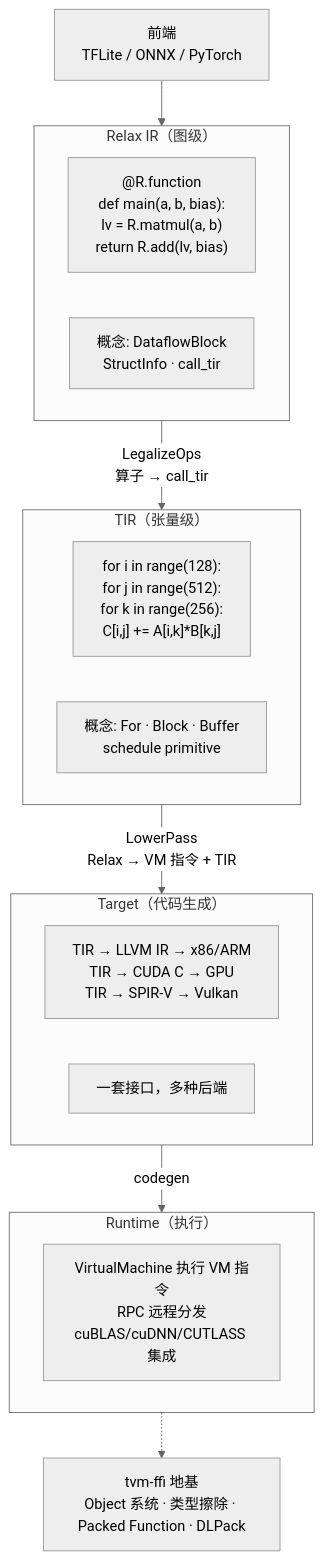
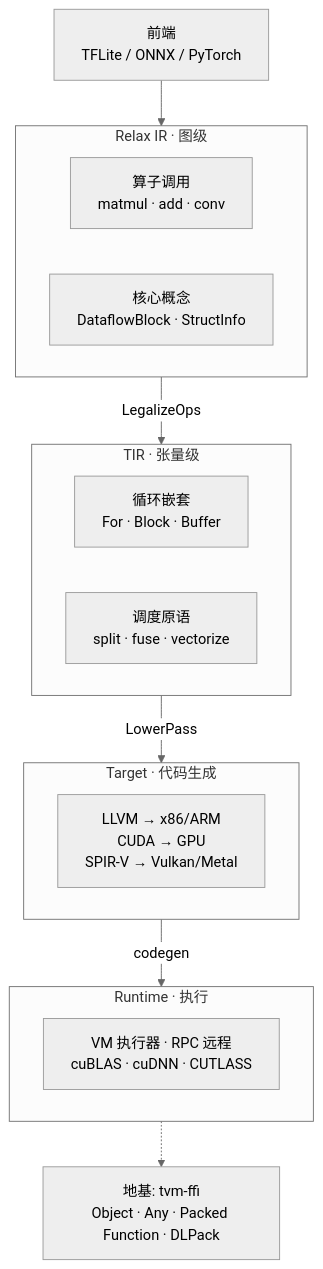
Before and after one commit to LudovicoYIN/blog: the first of 2 diagrams in src/content/posts/tvm-compilation-pipeline.md, drawn with Mermaid (neutral theme). The commit also changed other lines of this file and 1 other file, not shown here.

Commit message:
fix: compact mermaid diagrams + base theme + responsive CSS
- Shorter node labels in both architecture and pipeline diagrams
- Mermaid theme: base (auto dark/light)
- CSS: centered, overflow-x auto, max-width svg
- Simplified init script (remark plugin converts blocks at build time)

````diff
--- a/src/content/posts/tvm-compilation-pipeline.md
+++ b/src/content/posts/tvm-compilation-pipeline.md
@@ -30,31 +30,32 @@
 ```mermaid
 flowchart TD
     Frontend["前端<br/>TFLite / ONNX / PyTorch"]
-    
-    subgraph Relax["Relax IR（图级）"]
-        R1["@R.function<br/>def main(a, b, bias):<br/>  lv = R.matmul(a, b)<br/>  return R.add(lv, bias)"]
-        C1["概念: DataflowBlock<br/>StructInfo · call_tir"]
-    end
-    
-    subgraph TIR["TIR（张量级）"]
-        T1["for i in range(128):<br/>  for j in range(512):<br/>    for k in range(256):<br/>      C[i,j] += A[i,k]*B[k,j]"]
-        C2["概念: For · Block · Buffer<br/>schedule primitive"]
-    end
-    
-    subgraph Target["Target（代码生成）"]
-        TG1["TIR → LLVM IR → x86/ARM<br/>TIR → CUDA C → GPU<br/>TIR → SPIR-V → Vulkan"]
-        C3["一套接口，多种后端"]
-    end
-    
-    subgraph Runtime["Runtime（执行）"]
-        RT1["VirtualMachine 执行 VM 指令<br/>RPC 远程分发<br/>cuBLAS/cuDNN/CUTLASS 集成"]
+
+    subgraph Relax["Relax IR · 图级"]
+        direction LR
+        R1["算子调用<br/>matmul · add · conv"]
+        R2["核心概念<br/>DataflowBlock · StructInfo"]
     end
 
-    Foundation["tvm-ffi 地基<br/>Object 系统 · 类型擦除 · Packed Function · DLPack"]
+    subgraph TIR["TIR · 张量级"]
+        direction LR
+        T1["循环嵌套<br/>For · Block · Buffer"]
+        T2["调度原语<br/>split · fuse · vectorize"]
+    end
+
+    subgraph Target["Target · 代码生成"]
+        TG1["LLVM → x86/ARM<br/>CUDA → GPU<br/>SPIR-V → Vulkan/Metal"]
+    end
+
+    subgraph Runtime["Runtime · 执行"]
+        RT1["VM 执行器 · RPC 远程<br/>cuBLAS · cuDNN · CUTLASS"]
+    end
+
+    Foundation["地基: tvm-ffi<br/>Object · Any · Packed Function · DLPack"]
 
     Frontend --> Relax
-    Relax -->|"LegalizeOps<br/>算子 → call_tir"| TIR
-    TIR -->|"LowerPass<br/>Relax → VM 指令 + TIR"| Target
+    Relax -->|"LegalizeOps"| TIR
+    TIR -->|"LowerPass"| Target
     Target -->|"codegen"| Runtime
     Runtime -.-> Foundation
 ```
````
